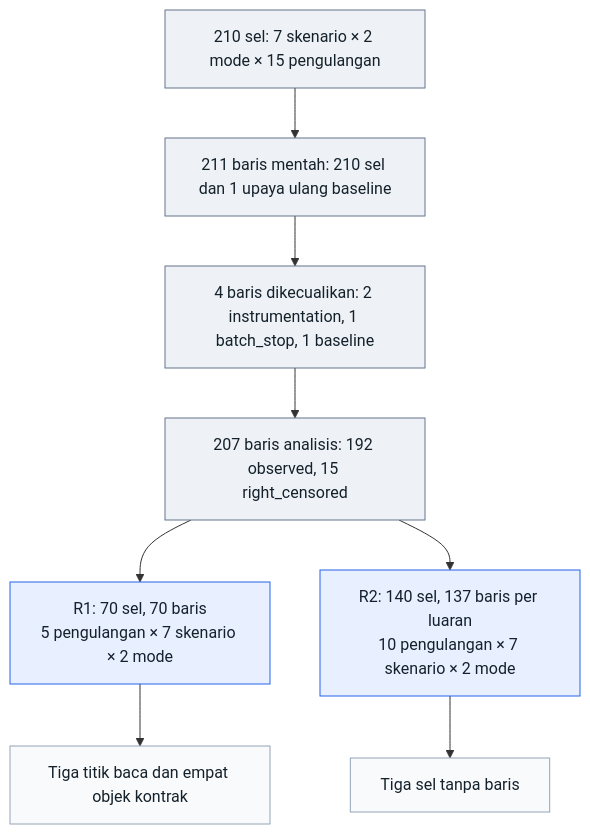
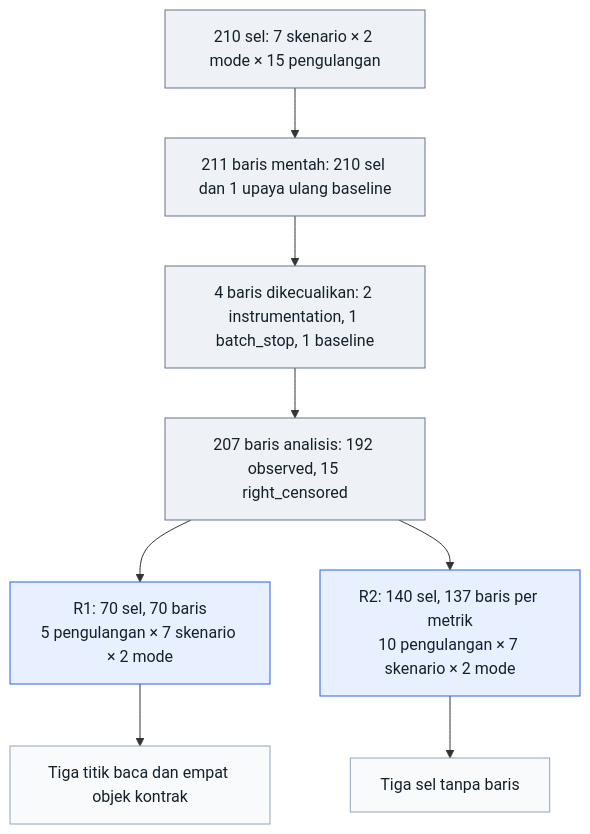
Before and after one commit to vityasyyy/skripsi: the diagram in content/skripsi/diagrams/src/fig-analysis-flow.mmd, drawn with Mermaid. The commit also changed 13 other files, not shown here.

```diff
--- a/content/skripsi/diagrams/src/fig-analysis-flow.mmd
+++ b/content/skripsi/diagrams/src/fig-analysis-flow.mmd
@@ -1,14 +1,14 @@
 flowchart TB
   A["210 sel: 7 skenario × 2 mode × 15 pengulangan"] --> B["211 baris mentah: 210 sel dan 1 upaya ulang baseline"]
   B --> C["4 baris dikecualikan: 2 instrumentation, 1 batch_stop, 1 baseline"]
   C --> D["207 baris analisis: 192 observed, 15 right_censored"]
   D --> R1["R1: 70 sel, 70 baris<br/>5 pengulangan × 7 skenario × 2 mode"]
-  D --> R2["R2: 140 sel, 137 baris per luaran<br/>10 pengulangan × 7 skenario × 2 mode"]
+  D --> R2["R2: 140 sel, 137 baris per metrik<br/>10 pengulangan × 7 skenario × 2 mode"]
   R1 --> E["Tiga titik baca dan empat objek kontrak"]
   R2 --> F["Tiga sel tanpa baris"]
   classDef count fill:#eef2f7,stroke:#64748b,color:#14212b;
   classDef branch fill:#e8f0ff,stroke:#2563eb,color:#14212b;
   classDef detail fill:#f8fafc,stroke:#94a3b8,color:#14212b;
   class A,B,C,D count;
   class R1,R2 branch;
   class E,F detail;
```
